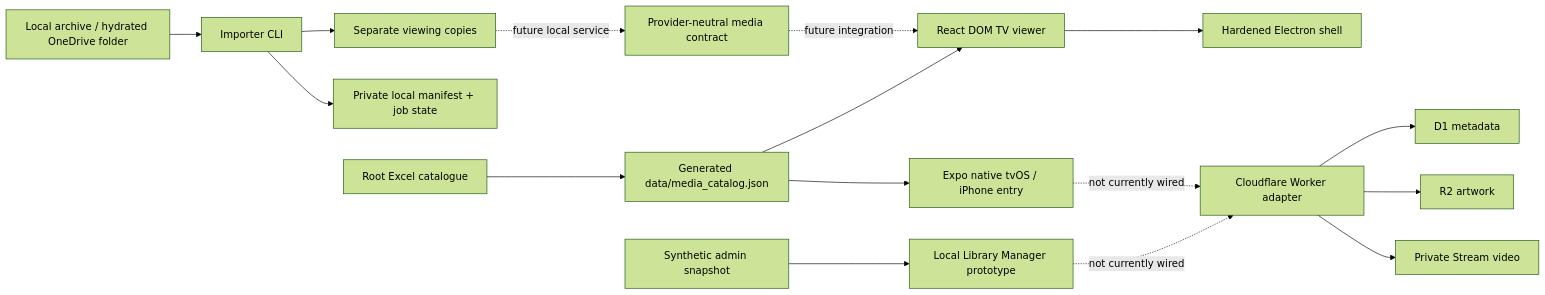
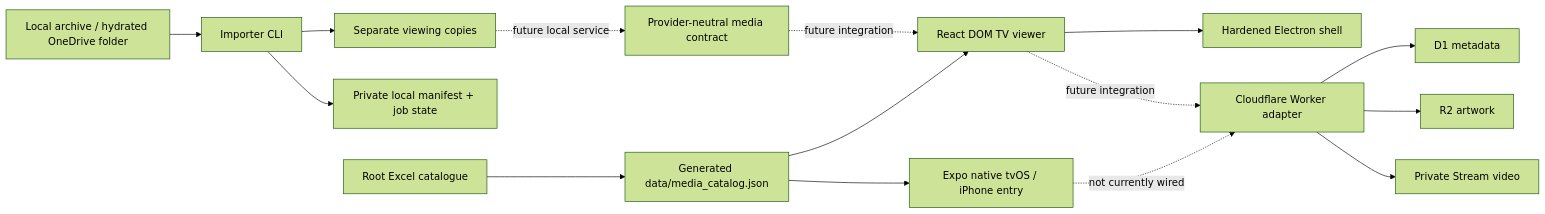
Before and after one commit to bramapeters97/lelibrambas-tv: the diagram in ARCHITECTURE.md, drawn with Mermaid (forest theme). The commit also changed other lines of this file and 58 other files, not shown here.

````diff
--- a/ARCHITECTURE.md
+++ b/ARCHITECTURE.md
@@ -5,18 +5,17 @@
 ```mermaid
 flowchart LR
   Source["Local archive / hydrated OneDrive folder"] --> CLI["Importer CLI"]
   CLI --> Copies["Separate viewing copies"]
   CLI --> Manifest["Private local manifest + job state"]
   Workbook["Root Excel catalogue"] --> Json["Generated data/media_catalog.json"]
   Json --> Web["React DOM TV viewer"]
   Json --> Native["Expo native tvOS / iPhone entry"]
-  Seed["Synthetic admin snapshot"] --> Admin["Local Library Manager prototype"]
   Copies -. "future local service" .-> Provider["Provider-neutral media contract"]
   Provider -. "future integration" .-> Web
   Web --> Electron["Hardened Electron shell"]
-  Admin -. "not currently wired" .-> Worker["Cloudflare Worker adapter"]
+  Web -. "future integration" .-> Worker["Cloudflare Worker adapter"]
   Native -. "not currently wired" .-> Worker
   Worker --> D1["D1 metadata"]
   Worker --> R2["R2 artwork"]
   Worker --> Stream["Private Stream video"]
 ```
````
